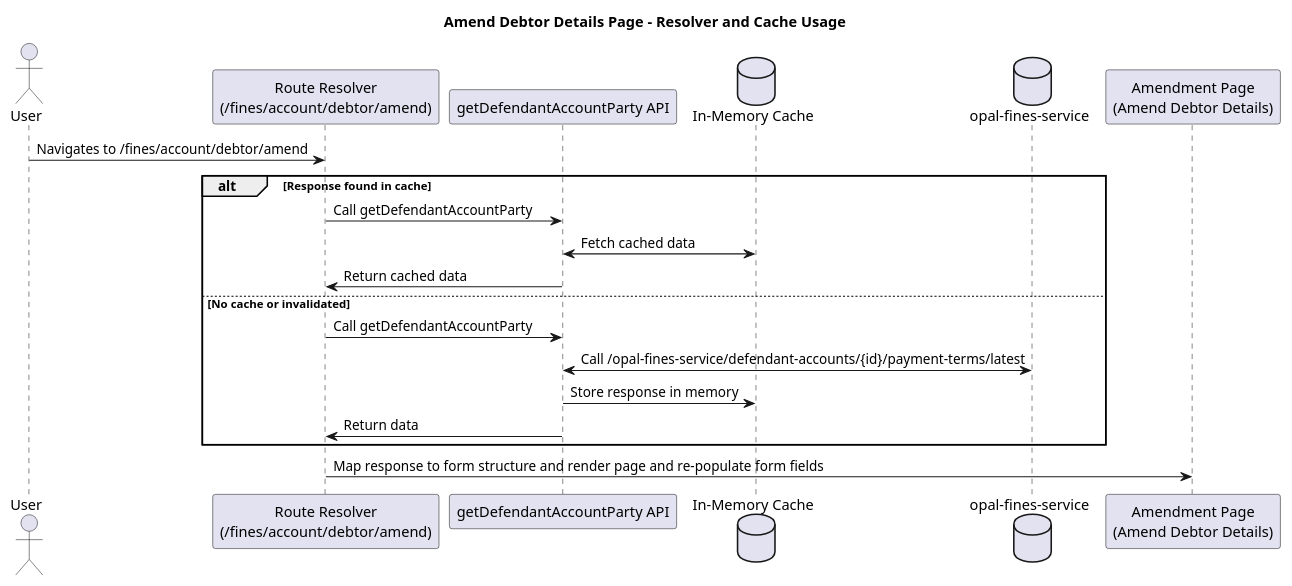
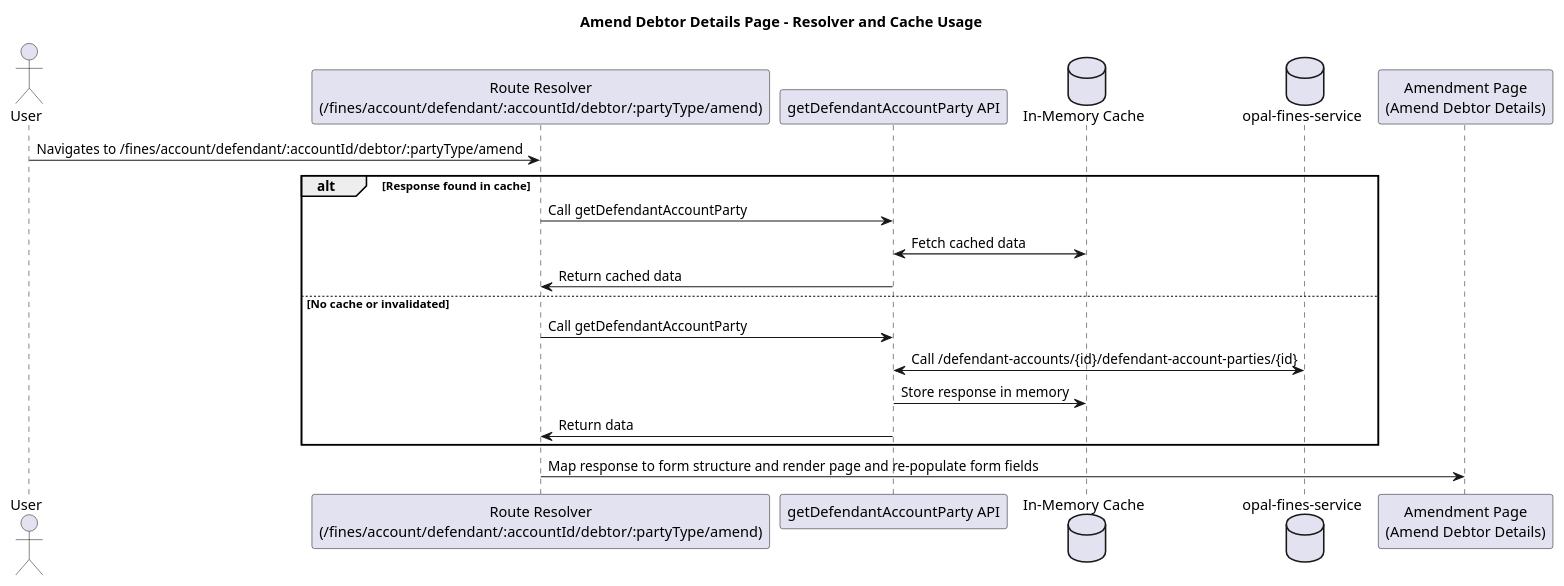
Before and after one commit to hmcts/opal-docs: the diagram in plantUML/fae-view-amend-defendant-pg/fae-view-amend-defendant-pg-amendment-pages-ui.puml, drawn with PlantUML. The commit also changed 3 other files, not shown here.

Commit message:
update route paths in debtor and creditor amendment diagrams

```diff
--- a/plantUML/fae-view-amend-defendant-pg/fae-view-amend-defendant-pg-amendment-pages-ui.puml
+++ b/plantUML/fae-view-amend-defendant-pg/fae-view-amend-defendant-pg-amendment-pages-ui.puml
@@ -1,25 +1,25 @@
 @startuml
 title Amend Debtor Details Page - Resolver and Cache Usage
 
 actor User
-participant "Route Resolver\n(/fines/account/debtor/amend)" as Resolver
+participant "Route Resolver\n(/fines/account/defendant/:accountId/debtor/:partyType/amend)" as Resolver
 participant "getDefendantAccountParty API" as API
 database "In-Memory Cache" as Cache
 database "opal-fines-service" as Backend
 participant "Amendment Page\n(Amend Debtor Details)" as Page
 
-User -> Resolver : Navigates to /fines/account/debtor/amend
+User -> Resolver : Navigates to /fines/account/defendant/:accountId/debtor/:partyType/amend
 
 alt Response found in cache
     Resolver -> API : Call getDefendantAccountParty
     API <-> Cache : Fetch cached data
     API -> Resolver : Return cached data
 else No cache or invalidated
     Resolver -> API : Call getDefendantAccountParty
-    API <-> Backend : Call /opal-fines-service/defendant-accounts/{id}/payment-terms/latest
+    API <-> Backend : Call /defendant-accounts/{id}/defendant-account-parties/{id}
     API -> Cache : Store response in memory
     API -> Resolver : Return data
 end
 
 Resolver -> Page : Map response to form structure and render page and re-populate form fields
 @enduml
```
